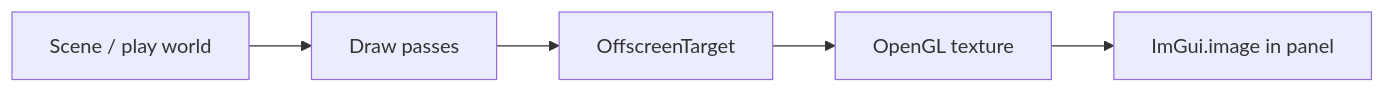
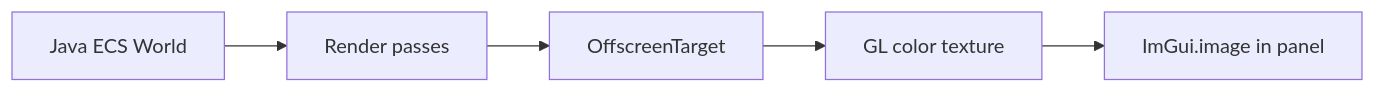
Before and after one commit to NathanColbath/Gloom: the second of 4 diagrams in docs/studio/llw-engine-integration.md, drawn with Mermaid. The commit also changed other lines of this file, not shown here.

Commit message:
docs(studio)-rewrite-llw-engine-integration-with-full-architecture

````diff
--- a/docs/studio/llw-engine-integration.md
+++ b/docs/studio/llw-engine-integration.md
@@ -7,7 +157,7 @@
 ```mermaid
 flowchart LR
-  Scene[Scene / play world] --> Pass[Draw passes]
-  Pass --> FBO[OffscreenTarget]
-  FBO --> Tex[OpenGL texture]
-  Tex --> ImGui[ImGui.image in panel]
+    World[Java ECS World] --> Render[Render passes]
+    Render --> FBO[OffscreenTarget]
+    FBO --> Tex[GL color texture]
+    Tex --> Im[ImGui.image in panel]
 ```
````
